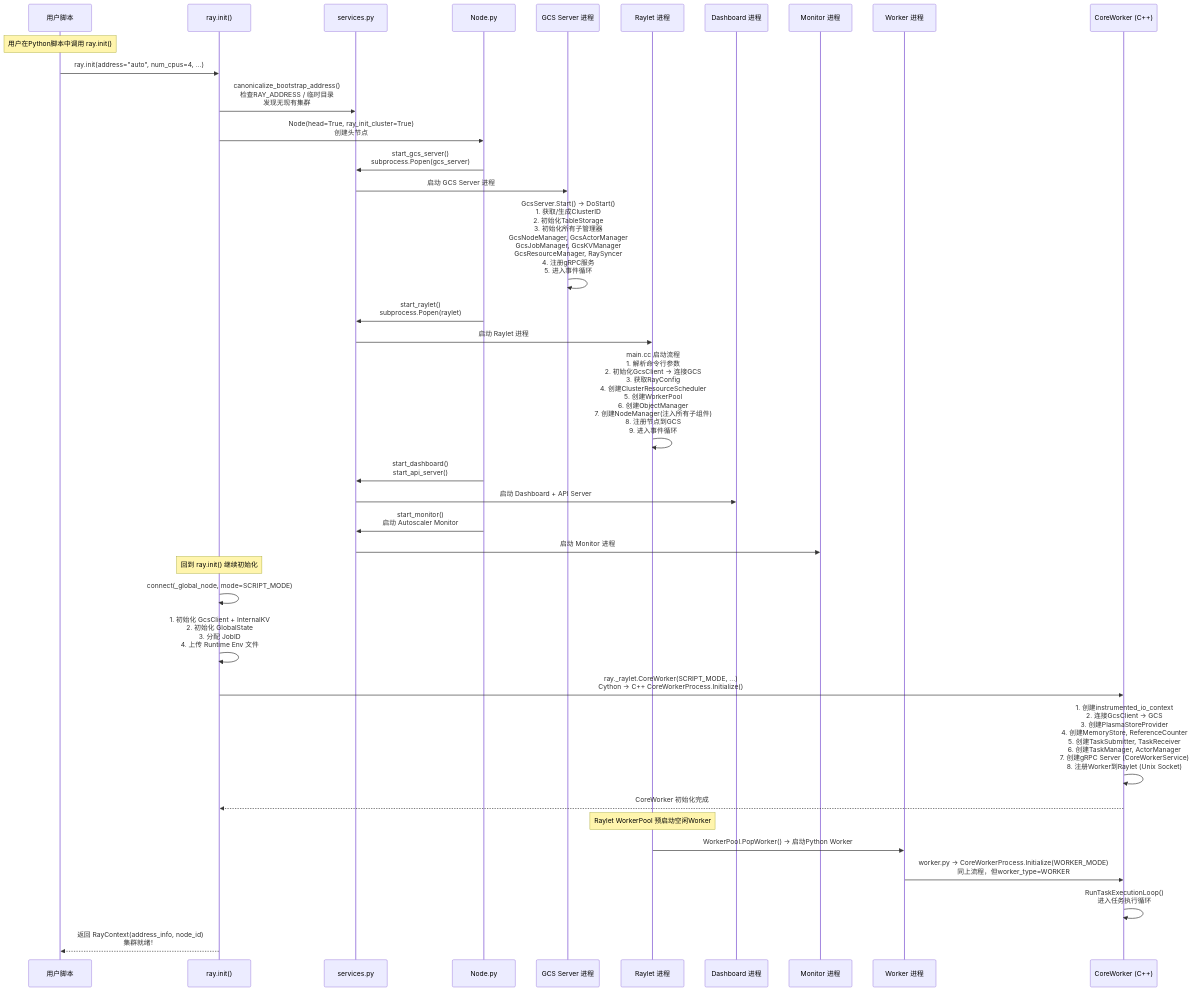
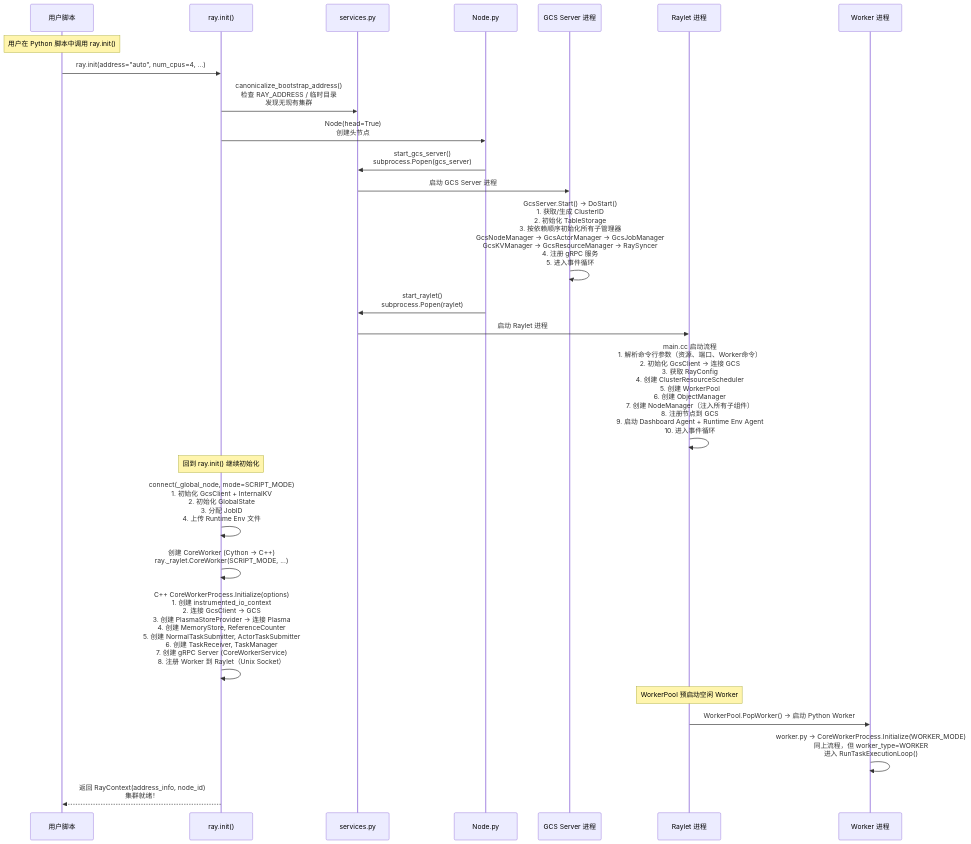
The third of 7 diagrams in doc/source/ray-core/ray-architecture-overview.md (wangguimin18-boop/ray-project), drawn with Mermaid before and after one commit. The commit also changed other lines of this file, not shown here.

````diff
--- a/doc/source/ray-core/ray-architecture-overview.md
+++ b/doc/source/ray-core/ray-architecture-overview.md
@@ -356,47 +587,37 @@
 ```mermaid
 sequenceDiagram
     participant User as 用户脚本
     participant Init as ray.init()
     participant Services as services.py
     participant NodePy as Node.py
     participant GCSProc as GCS Server 进程
     participant RayletProc as Raylet 进程
-    participant DashboardProc as Dashboard 进程
-    participant MonitorProc as Monitor 进程
     participant WorkerProc as Worker 进程
-    participant CoreWorkerCpp as CoreWorker (C++)
 
-    Note over User: 用户在Python脚本中调用 ray.init()
+    Note over User: 用户在 Python 脚本中调用 ray.init()
 
     User->>Init: ray.init(address="auto", num_cpus=4, ...)
-    Init->>Services: canonicalize_bootstrap_address()<br>检查RAY_ADDRESS / 临时目录<br>发现无现有集群
-    Init->>NodePy: Node(head=True, ray_init_cluster=True)<br>创建头节点
+    Init->>Services: canonicalize_bootstrap_address()<br>检查 RAY_ADDRESS / 临时目录<br>发现无现有集群
+    Init->>NodePy: Node(head=True)<br>创建头节点
 
     NodePy->>Services: start_gcs_server()<br>subprocess.Popen(gcs_server)
     Services->>GCSProc: 启动 GCS Server 进程
-    GCSProc->>GCSProc: GcsServer.Start() → DoStart()<br>1. 获取/生成ClusterID<br>2. 初始化TableStorage<br>3. 初始化所有子管理器<br>   GcsNodeManager, GcsActorManager<br>   GcsJobManager, GcsKVManager<br>   GcsResourceManager, RaySyncer<br>4. 注册gRPC服务<br>5. 进入事件循环
+    GCSProc->>GCSProc: GcsServer.Start() → DoStart()<br>1. 获取/生成 ClusterID<br>2. 初始化 TableStorage<br>3. 按依赖顺序初始化所有子管理器<br>   GcsNodeManager → GcsActorManager → GcsJobManager<br>   GcsKVManager → GcsResourceManager → RaySyncer<br>4. 注册 gRPC 服务<br>5. 进入事件循环
 
     NodePy->>Services: start_raylet()<br>subprocess.Popen(raylet)
     Services->>RayletProc: 启动 Raylet 进程
-    RayletProc->>RayletProc: main.cc 启动流程<br>1. 解析命令行参数<br>2. 初始化GcsClient → 连接GCS<br>3. 获取RayConfig<br>4. 创建ClusterResourceScheduler<br>5. 创建WorkerPool<br>6. 创建ObjectManager<br>7. 创建NodeManager(注入所有子组件)<br>8. 注册节点到GCS<br>9. 进入事件循环
-
-    NodePy->>Services: start_dashboard()<br>start_api_server()
-    Services->>DashboardProc: 启动 Dashboard + API Server
-
-    NodePy->>Services: start_monitor()<br>启动 Autoscaler Monitor
-    Services->>MonitorProc: 启动 Monitor 进程
+    RayletProc->>RayletProc: main.cc 启动流程<br>1. 解析命令行参数（资源、端口、Worker命令）<br>2. 初始化 GcsClient → 连接 GCS<br>3. 获取 RayConfig<br>4. 创建 ClusterResourceScheduler<br>5. 创建 WorkerPool<br>6. 创建 ObjectManager<br>7. 创建 NodeManager（注入所有子组件）<br>8. 注册节点到 GCS<br>9. 启动 Dashboard Agent + Runtime Env Agent<br>10. 进入事件循环
 
     Note over Init: 回到 ray.init() 继续初始化
-    Init->>Init: connect(_global_node, mode=SCRIPT_MODE)
-    Init->>Init: 1. 初始化 GcsClient + InternalKV<br>2. 初始化 GlobalState<br>3. 分配 JobID<br>4. 上传 Runtime Env 文件
-    Init->>CoreWorkerCpp: ray._raylet.CoreWorker(SCRIPT_MODE, ...)<br>Cython → C++ CoreWorkerProcess.Initialize()
-    CoreWorkerCpp->>CoreWorkerCpp: 1. 创建instrumented_io_context<br>2. 连接GcsClient → GCS<br>3. 创建PlasmaStoreProvider<br>4. 创建MemoryStore, ReferenceCounter<br>5. 创建TaskSubmitter, TaskReceiver<br>6. 创建TaskManager, ActorManager<br>7. 创建gRPC Server (CoreWorkerService)<br>8. 注册Worker到Raylet (Unix Socket)
-    CoreWorkerCpp-->>Init: CoreWorker 初始化完成
 
-    Note over RayletProc: Raylet WorkerPool 预启动空闲Worker
-    RayletProc->>WorkerProc: WorkerPool.PopWorker() → 启动Python Worker
-    WorkerProc->>CoreWorkerCpp: worker.py → CoreWorkerProcess.Initialize(WORKER_MODE)<br>同上流程，但worker_type=WORKER
-    CoreWorkerCpp->>CoreWorkerCpp: RunTaskExecutionLoop()<br>进入任务执行循环
+    Init->>Init: connect(_global_node, mode=SCRIPT_MODE)<br>1. 初始化 GcsClient + InternalKV<br>2. 初始化 GlobalState<br>3. 分配 JobID<br>4. 上传 Runtime Env 文件
+
+    Init->>Init: 创建 CoreWorker (Cython → C++)<br>ray._raylet.CoreWorker(SCRIPT_MODE, ...)
+    Init->>Init: C++ CoreWorkerProcess.Initialize(options)<br>1. 创建 instrumented_io_context<br>2. 连接 GcsClient → GCS<br>3. 创建 PlasmaStoreProvider → 连接 Plasma<br>4. 创建 MemoryStore, ReferenceCounter<br>5. 创建 NormalTaskSubmitter, ActorTaskSubmitter<br>6. 创建 TaskReceiver, TaskManager<br>7. 创建 gRPC Server (CoreWorkerService)<br>8. 注册 Worker 到 Raylet（Unix Socket）
+
+    Note over RayletProc: WorkerPool 预启动空闲 Worker
+    RayletProc->>WorkerProc: WorkerPool.PopWorker() → 启动 Python Worker
+    WorkerProc->>WorkerProc: worker.py → CoreWorkerProcess.Initialize(WORKER_MODE)<br>同上流程，但 worker_type=WORKER<br>进入 RunTaskExecutionLoop()
 
     Init-->>User: 返回 RayContext(address_info, node_id)<br>集群就绪！
 ```
````
